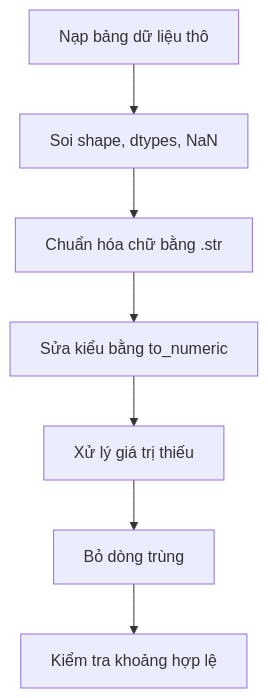
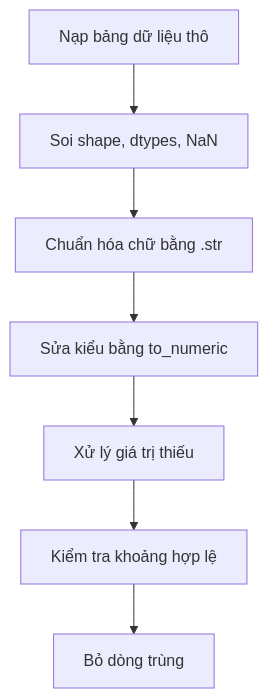
Before and after one commit to henrytapcode/PyAI: the diagram in curriculum/phase-04-data/p4-03-cleaning/lesson.vi.md, drawn with Mermaid. The commit also changed other lines of this file and 58 other files, not shown here.

````diff
--- a/curriculum/phase-04-data/p4-03-cleaning/lesson.vi.md
+++ b/curriculum/phase-04-data/p4-03-cleaning/lesson.vi.md
@@ -179,9 +181,9 @@
 ```mermaid
 flowchart TD
     A["Nạp bảng dữ liệu thô"] --> B["Soi shape, dtypes, NaN"]
     B --> C["Chuẩn hóa chữ bằng .str"]
     C --> D["Sửa kiểu bằng to_numeric"]
     D --> E["Xử lý giá trị thiếu"]
-    E --> F["Bỏ dòng trùng"]
-    F --> G["Kiểm tra khoảng hợp lệ"]
+    E --> F["Kiểm tra khoảng hợp lệ"]
+    F --> G["Bỏ dòng trùng"]
 ```
````
